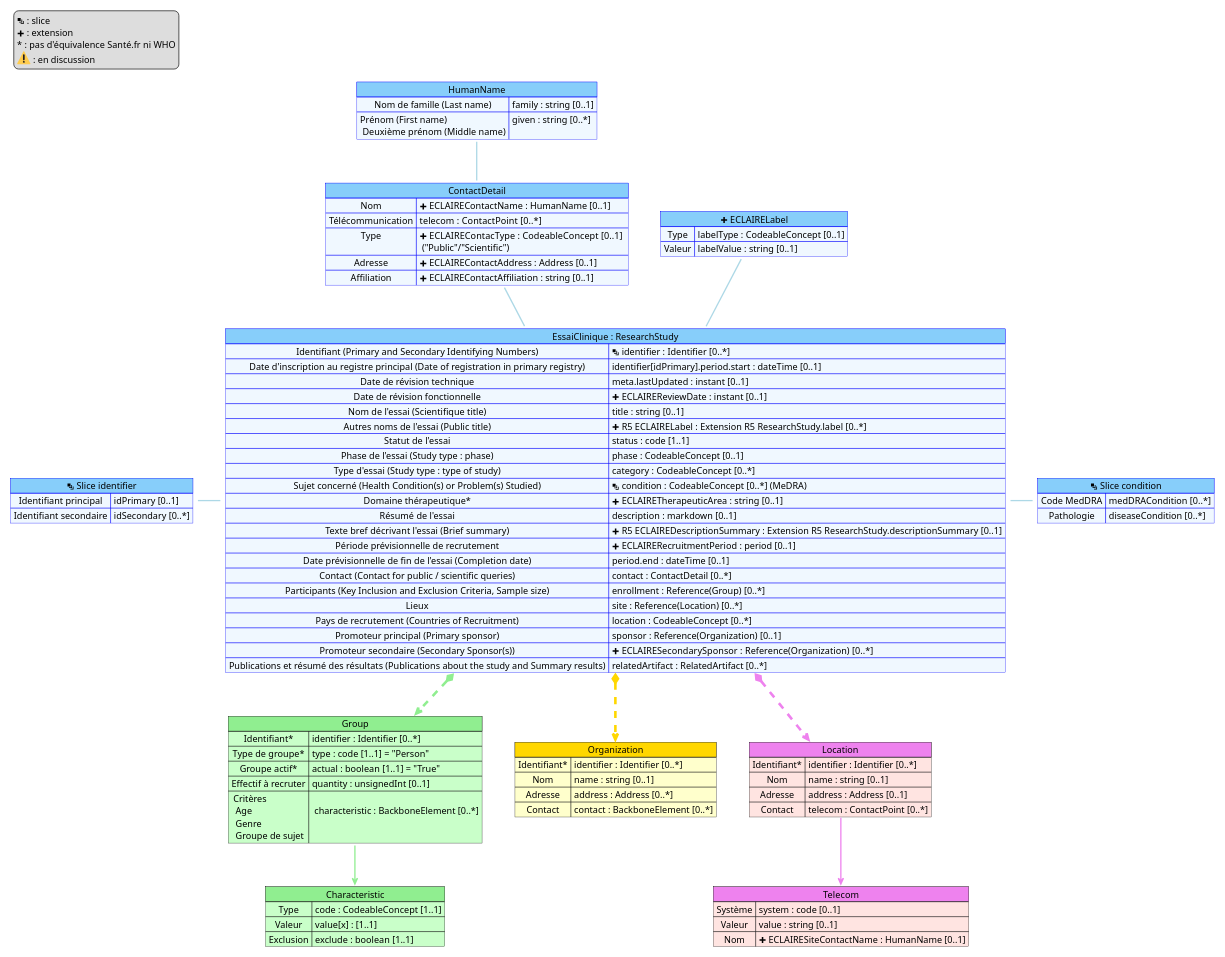
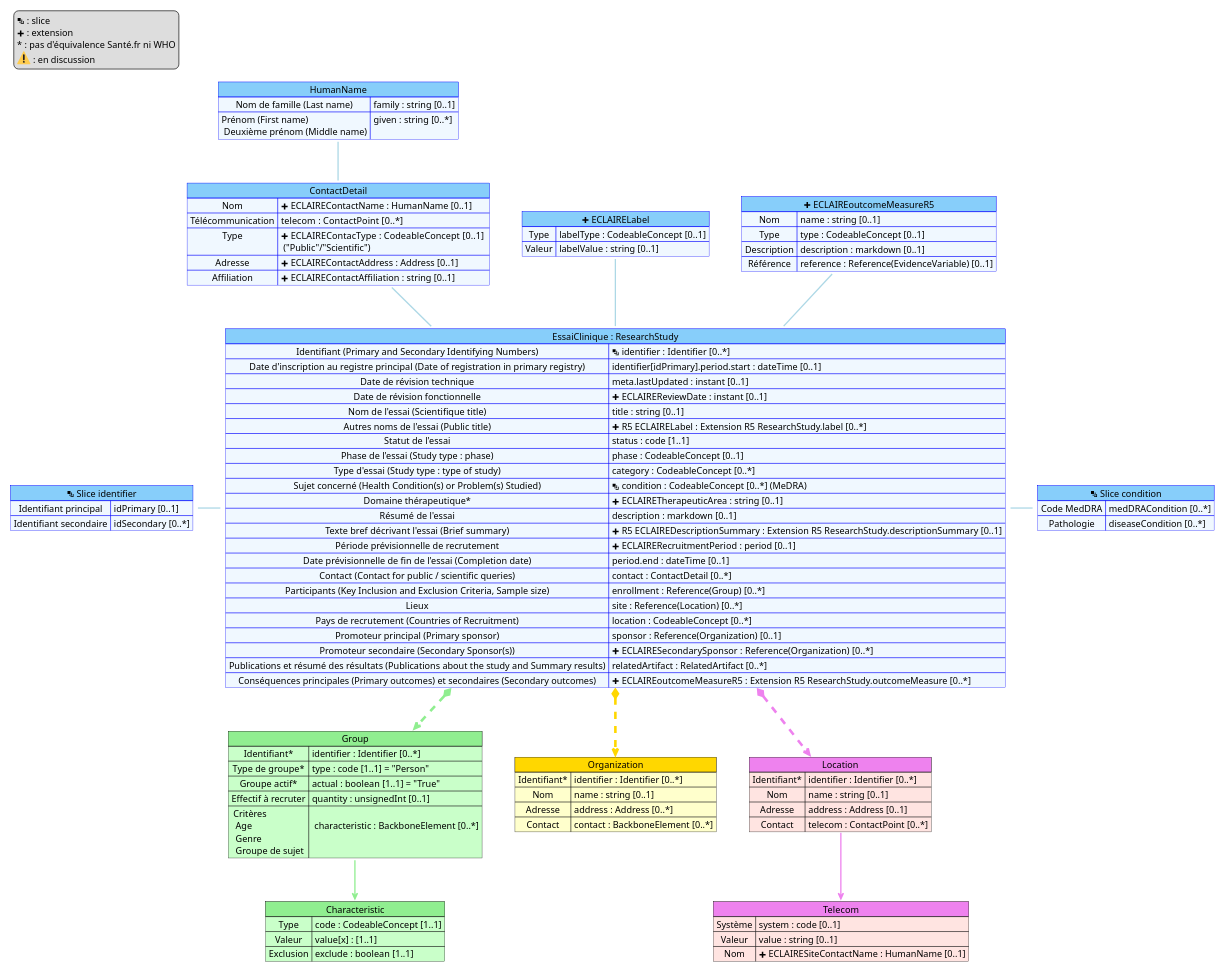
The diagram in input/images-source/mapping.plantuml (ansforge/essais-cliniques), drawn with PlantUML before and after one commit.

Commit message:
Maj mapping outcomeMeasure

```diff
--- a/input/images-source/mapping.plantuml
+++ b/input/images-source/mapping.plantuml
@@ -1,117 +1,126 @@
 @startuml mapping
 
 scale 1200 width
 
 map "ContactDetail" as Contact #back:AliceBlue;header:LightSkyBlue;line:blue {
     Nom => name :  string [0..1] 
     Télécommunication => telecom :  ContactPoint [0..*]  
     Type => <&plus> ECLAIREContacType :  CodeableConcept [0..1] \n ("Public"/"Scientific")
     Adresse => <&plus> ECLAIREContactAddress : Address [0..1]
     Affiliation => <&plus> ECLAIREContactAffiliation : string [0..1]
     Nom => <&plus> ECLAIREContactName : HumanName [0..1]
 }
 
 map "HumanName" as slice_name #back:AliceBlue;header:LightSkyBlue;line:blue {
     Nom de famille (Last name) => family : string [0..1]
     Prénom (First name) \n Deuxième prénom (Middle name) => given : string [0..*]
 }
 
 map "<&layers> Slice identifier" as slice_identifier #back:AliceBlue;header:LightSkyBlue;line:blue {
     Identifiant principal => idPrimary [0..1]
     Identifiant secondaire => idSecondary [0..*]
 }
 
 map "<&layers> Slice condition" as slice_condition #back:AliceBlue;header:LightSkyBlue;line:blue {
     Code MedDRA => medDRACondition [0..*]
     Pathologie => diseaseCondition [0..*]
 }
 
 map "<&plus> ECLAIRELabel" as label #back:AliceBlue;header:LightSkyBlue;line:blue {
     Type => labelType : CodeableConcept [0..1]
     Valeur => labelValue : string [0..1]
 }
 
 map "Group" as Group #back:TECHNOLOGY;header:LightGreen {
     Identifiant* => identifier : Identifier [0..*] 
     Type de groupe* => type : code [1..1] = "Person" 
     Groupe actif* => actual : boolean [1..1] = "True"
     Effectif à recruter => quantity : unsignedInt [0..1] 
     Critères \n Age \n Genre \n Groupe de sujet => \n characteristic : BackboneElement [0..*] 
 }
 
 map "Characteristic" as Characteristic #back:TECHNOLOGY;header:LightGreen {
     Type  => code : CodeableConcept [1..1] 
     Valeur => value[x] : [1..1] 
     Exclusion => exclude : boolean [1..1] 
 }
 
 map "Organization" as Organization #back:BUSINESS;header:Gold {
     Identifiant* => identifier : Identifier [0..*] 
     Nom => name : string [0..1] 
     Adresse => address : Address [0..*] 
     Contact => contact : BackboneElement [0..*] 
 }
 
 map "Location" as Location #back:MistyRose;header:Violet {
     Identifiant* => identifier : Identifier [0..*] 
     Nom => name : string [0..1] 
     Adresse => address : Address [0..1] 
     Contact => telecom : ContactPoint [0..*]
 }
 
 map "Telecom" as Telecom #back:MistyRose;header:Violet {
     Système  => system : code [0..1] 
     Valeur => value : string [0..1] 
     Nom => <&plus> ECLAIRESiteContactName : HumanName [0..1] 
 }
 
+map "<&plus> ECLAIREoutcomeMeasureR5" as OM #back:AliceBlue;header:LightSkyBlue;line:blue {
+    Nom => name : string [0..1] 
+    Type => type : CodeableConcept [0..1] 
+    Description => description : markdown [0..1]
+    Référence => reference : Reference(EvidenceVariable) [0..1]
+}
+
 map "EssaiClinique : ResearchStudy" as RS #back:AliceBlue;header:LightSkyBlue;line:blue {
     Identifiant (Primary and Secondary Identifying Numbers) => <&layers> identifier : Identifier [0..*]
     Date d'inscription au registre principal (Date of registration in primary registry) => identifier[idPrimary].period.start : dateTime [0..1]  
     Date de révision technique => meta.lastUpdated : instant [0..1]  
     Date de révision fonctionnelle => <&plus> ECLAIREReviewDate : instant [0..1] 
     Nom de l'essai (Scientifique title) => title : string [0..1] 
     Autres noms de l'essai (Public title) => <&plus> R5 ECLAIRELabel : Extension R5 ResearchStudy.label [0..*] 
     Statut de l'essai => status : code [1..1]
     Phase de l'essai (Study type : phase) => phase : CodeableConcept [0..1] 
     Type d'essai (Study type : type of study) => category : CodeableConcept [0..*] 
     Sujet concerné (Health Condition(s) or Problem(s) Studied) => <&layers> condition : CodeableConcept [0..*] (MeDRA) 
     Domaine thérapeutique* => <&plus> ECLAIRETherapeuticArea : string [0..1] 
     Résumé de l'essai => description : markdown [0..1] 
     Texte bref décrivant l'essai (Brief summary) => <&plus> R5 ECLAIREDescriptionSummary : Extension R5 ResearchStudy.descriptionSummary [0..1]
     Période prévisionnelle de recrutement => <&plus> ECLAIRERecruitmentPeriod : period [0..1]  
     Date prévisionnelle de fin de l'essai (Completion date) => period.end : dateTime [0..1]
     Contact (Contact for public / scientific queries) => contact : ContactDetail [0..*] 
     Participants (Key Inclusion and Exclusion Criteria, Sample size) => enrollment : Reference(Group) [0..*] 
     Lieux => site : Reference(Location) [0..*] 
     Pays de recrutement (Countries of Recruitment) => location : CodeableConcept [0..*]
     Promoteur principal (Primary sponsor) => sponsor : Reference(Organization) [0..1]  
     Promoteur secondaire (Secondary Sponsor(s)) => <&plus> ECLAIRESecondarySponsor  : Reference(Organization) [0..*]  
     Publications et résumé des résultats (Publications about the study and Summary results) => relatedArtifact : RelatedArtifact [0..*]
+    Conséquences principales (Primary outcomes) et secondaires (Secondary outcomes)  => <&plus> ECLAIREoutcomeMeasureR5 : Extension R5 ResearchStudy.outcomeMeasure [0..*] 
 }
 
 
 RS *-[#Violet,dashed,thickness=4]-> Location
 RS *-[#LightGreen,dashed,thickness=4]-> Group 
 RS *-[#Gold,dashed,thickness=4]-> Organization
 
 slice_identifier -[#lightBlue,thickness=2] RS
 RS -[#lightBlue,thickness=2] slice_condition
 Contact --[#lightBlue,thickness=2] RS
 label --[#lightBlue,thickness=2] RS
 slice_name --[#lightBlue,thickness=2] Contact
+OM --[#lightBlue,thickness=2] RS
 
 Group -[hidden] Organization
 
 Group::Critères --[#LightGreen,thickness=2]> Characteristic
 Location::Contact --[#Violet,thickness=2]> Telecom
 
 
 legend top left
   <&layers> : slice
   <&plus> : extension
   ~* : pas d'équivalence Santé.fr ni WHO
   <:warning:> : en discussion
 endlegend
 
 @enduml
```
